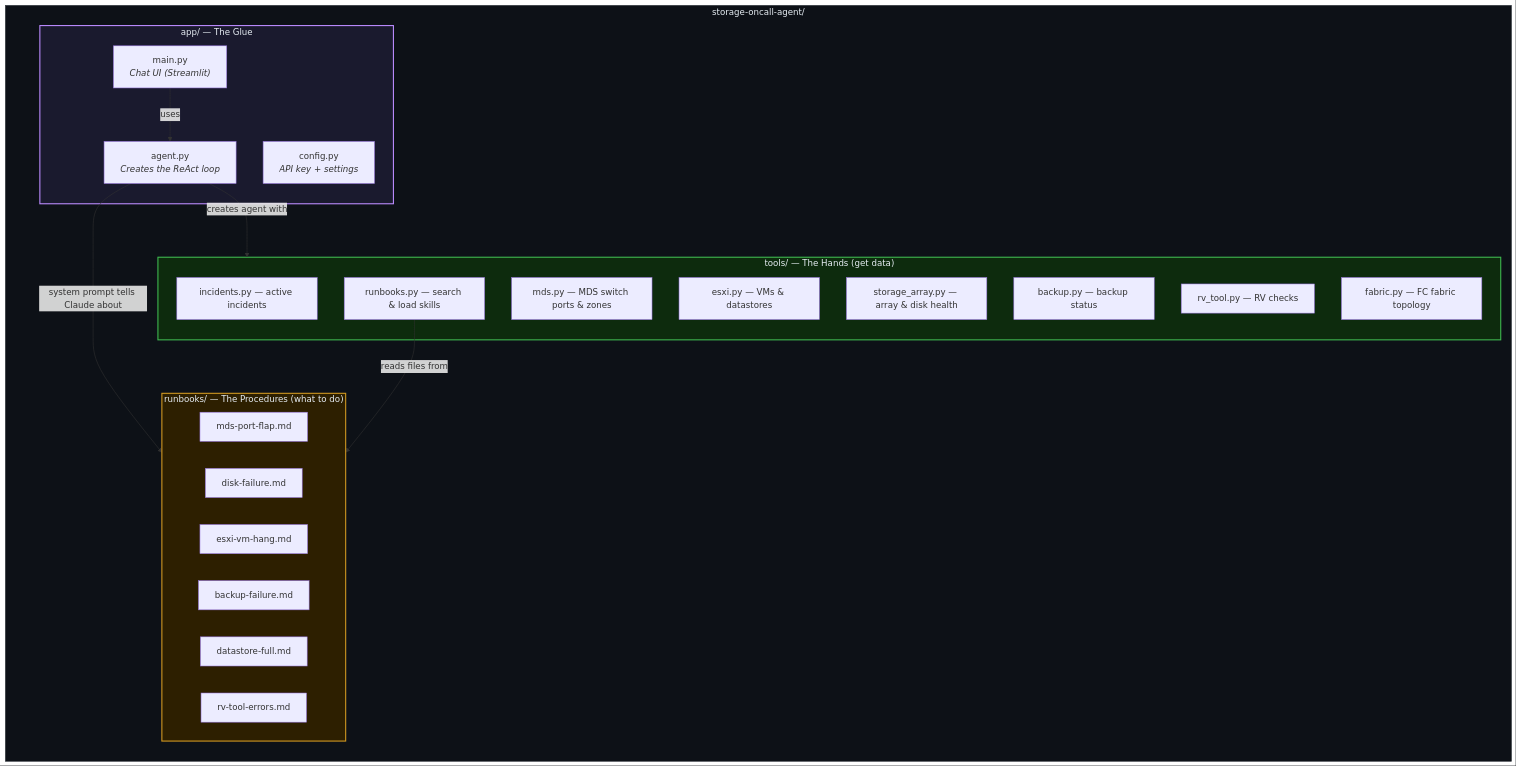
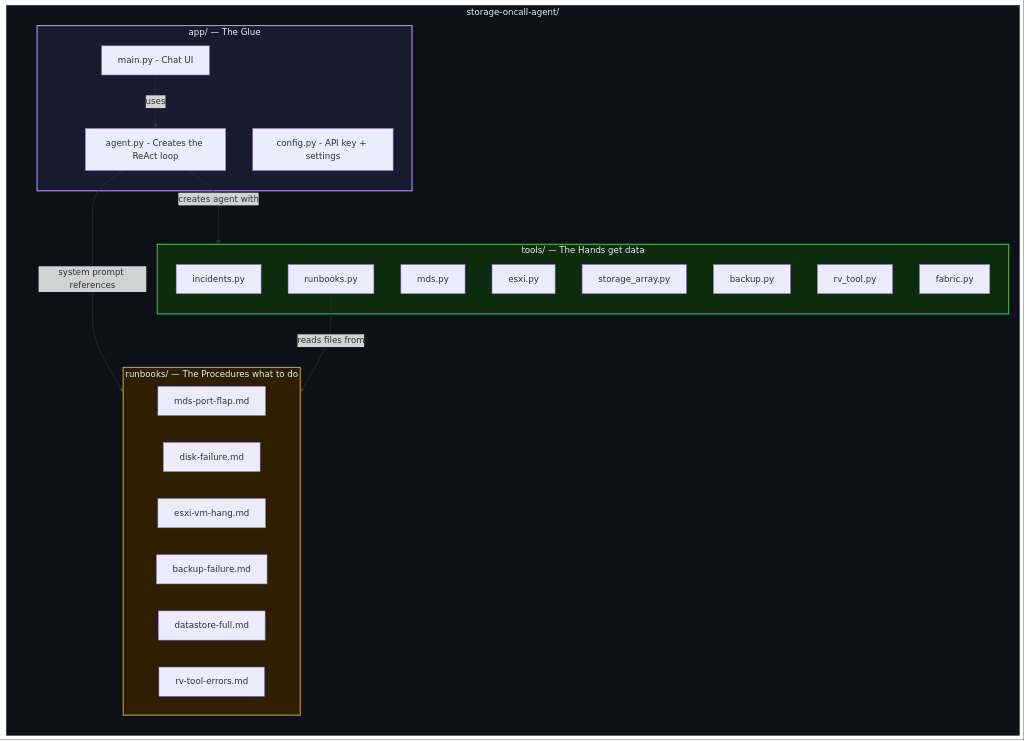
Before and after one commit to arjuntony/storage-oncall-agent-blueprint: the eighth of 9 diagrams in STORY.md, drawn with Mermaid. The commit also changed other lines of this file, not shown here.

First line of the commit message:
Fix Mermaid diagrams for GitHub rendering

````diff
--- a/STORY.md
+++ b/STORY.md
@@ -272,42 +272,42 @@
 ```mermaid
 flowchart TD
     subgraph PROJECT["storage-oncall-agent/"]
         direction TB
-        
+
         subgraph APP["app/ — The Glue"]
-            M["main.py<br/><i>Chat UI (Streamlit)</i>"]
-            AG["agent.py<br/><i>Creates the ReAct loop</i>"]
-            CF["config.py<br/><i>API key + settings</i>"]
+            M[main.py - Chat UI]
+            AG[agent.py - Creates the ReAct loop]
+            CF[config.py - API key + settings]
         end
 
-        subgraph TOOLS["tools/ — The Hands (get data)"]
-            T1["incidents.py — active incidents"]
-            T2["mds.py — MDS switch ports & zones"]
-            T3["esxi.py — VMs & datastores"]
-            T4["storage_array.py — array & disk health"]
-            T5["backup.py — backup status"]
-            T6["rv_tool.py — RV checks"]
-            T7["fabric.py — FC fabric topology"]
-            T8["runbooks.py — search & load skills"]
+        subgraph TOOLS["tools/ — The Hands get data"]
+            T1[incidents.py]
+            T2[mds.py]
+            T3[esxi.py]
+            T4[storage_array.py]
+            T5[backup.py]
+            T6[rv_tool.py]
+            T7[fabric.py]
+            T8[runbooks.py]
         end
 
-        subgraph SKILLS["runbooks/ — The Procedures (what to do)"]
-            S1["mds-port-flap.md"]
-            S2["disk-failure.md"]
-            S3["esxi-vm-hang.md"]
-            S4["backup-failure.md"]
-            S5["datastore-full.md"]
-            S6["rv-tool-errors.md"]
+        subgraph SKILLS["runbooks/ — The Procedures what to do"]
+            S1[mds-port-flap.md]
+            S2[disk-failure.md]
+            S3[esxi-vm-hang.md]
+            S4[backup-failure.md]
+            S5[datastore-full.md]
+            S6[rv-tool-errors.md]
         end
     end
 
     AG -->|creates agent with| TOOLS
-    AG -->|system prompt tells Claude about| SKILLS
+    AG -->|system prompt references| SKILLS
     M -->|uses| AG
     T8 -->|reads files from| SKILLS
 
     style PROJECT fill:#0d1117,stroke:#30363d,color:#e6edf3
     style APP fill:#1a1a2e,stroke:#bc8cff,stroke-width:2px,color:#e6edf3
     style TOOLS fill:#0d2b0d,stroke:#3fb950,stroke-width:2px,color:#e6edf3
     style SKILLS fill:#2d1f00,stroke:#d29922,stroke-width:2px,color:#e6edf3
 ```
````
